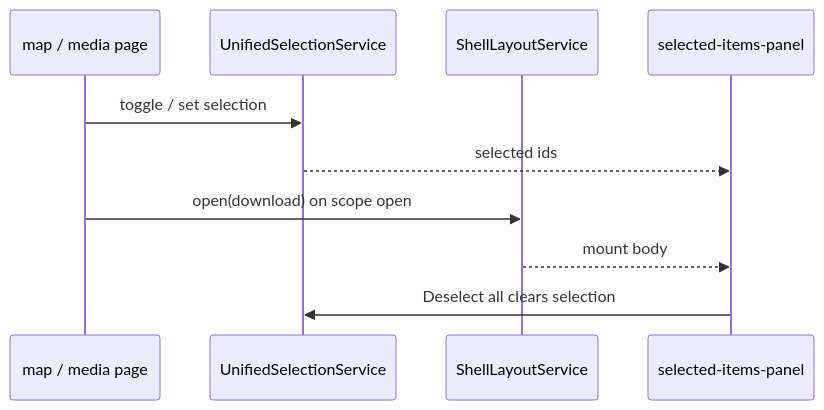
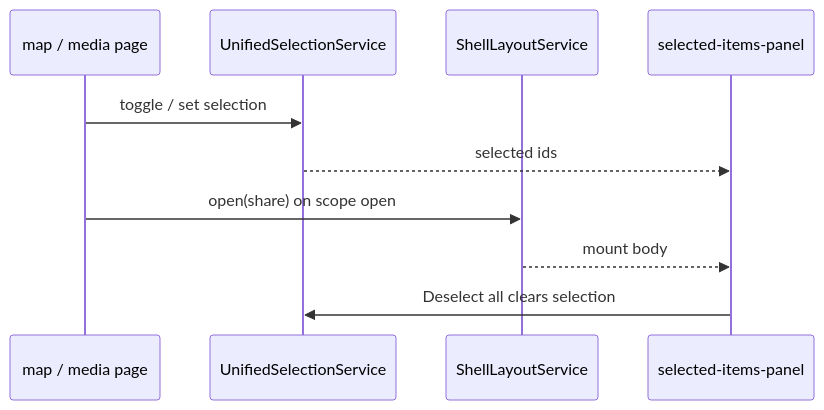
The second of 2 diagrams in docs/specs/ui/shell/selected-items-panel.md (matkleve/feldpost), drawn with Mermaid before and after one commit. The commit also changed other lines of this file and 19 other files, not shown here.

````diff
--- a/docs/specs/ui/shell/selected-items-panel.md
+++ b/docs/specs/ui/shell/selected-items-panel.md
@@ -120,12 +121,12 @@
 ```mermaid
 sequenceDiagram
   participant Map as map / media page
   participant Sel as UnifiedSelectionService
   participant Shell as ShellLayoutService
   participant Panel as selected-items-panel
   Map->>Sel: toggle / set selection
   Sel-->>Panel: selected ids
-  Map->>Shell: open(download) on scope open
+  Map->>Shell: open(share) on scope open
   Shell-->>Panel: mount body
   Panel->>Sel: Deselect all clears selection
 ```
````
